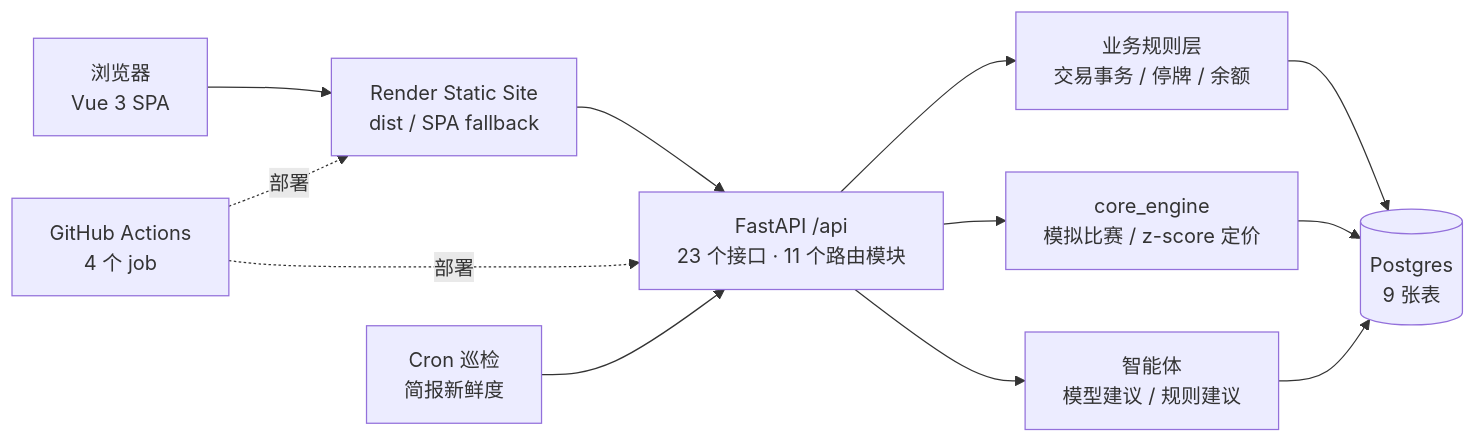
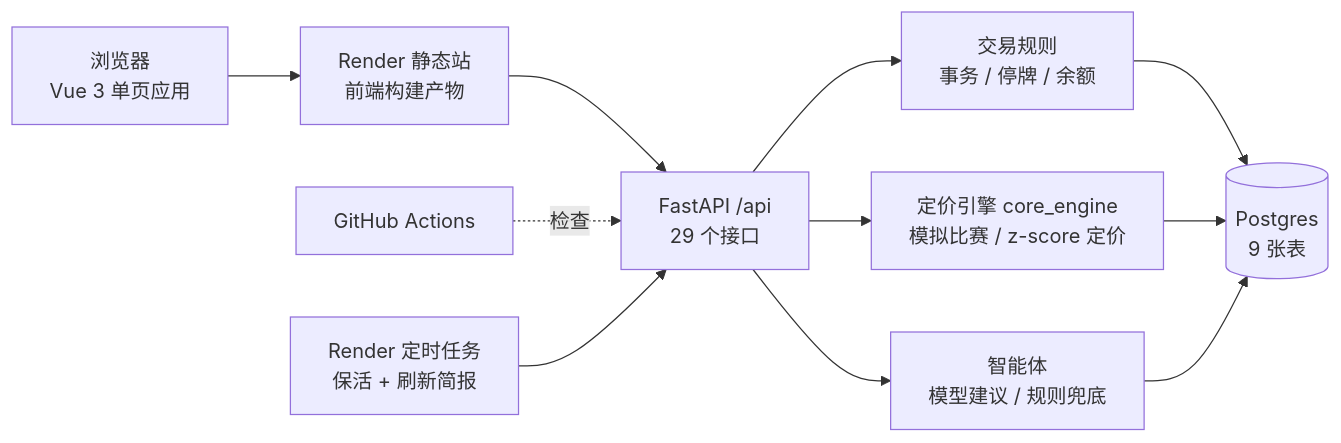
Before and after one commit to July75-bit/Innovation: the first of 2 diagrams in docs/slides/slides.md, drawn with Mermaid. The commit also changed other lines of this file and 3 other files, not shown here.

````diff
--- a/docs/slides/slides.md
+++ b/docs/slides/slides.md
@@ -325,14 +320,13 @@
-```mermaid
+```mermaid {scale: 0.58}
 flowchart LR
-  B["浏览器<br/>Vue 3 SPA"] --> S["Render Static Site<br/>dist / SPA fallback"]
-  S --> A["FastAPI /api<br/>23 个接口 · 11 个路由模块"]
-  A --> R["业务规则层<br/>交易事务 / 停牌 / 余额"]
-  A --> C["core_engine<br/>模拟比赛 / z-score 定价"]
-  A --> I["智能体<br/>模型建议 / 规则建议"]
+  B["浏览器<br/>Vue 3 单页应用"] --> S["Render 静态站<br/>前端构建产物"]
+  S --> A["FastAPI /api<br/>29 个接口"]
+  A --> R["交易规则<br/>事务 / 停牌 / 余额"]
+  A --> C["定价引擎 core_engine<br/>模拟比赛 / z-score 定价"]
+  A --> I["智能体<br/>模型建议 / 规则兜底"]
   R --> D[("Postgres<br/>9 张表")]
   C --> D
   I --> D
-  G["GitHub Actions<br/>4 个 job"] -.部署.-> S
-  G -.部署.-> A
-  H["Cron 巡检<br/>简报新鲜度"] --> A
+  G["GitHub Actions"] -.检查.-> A
+  H["Render 定时任务<br/>保活 + 刷新简报"] --> A
 ```
````
